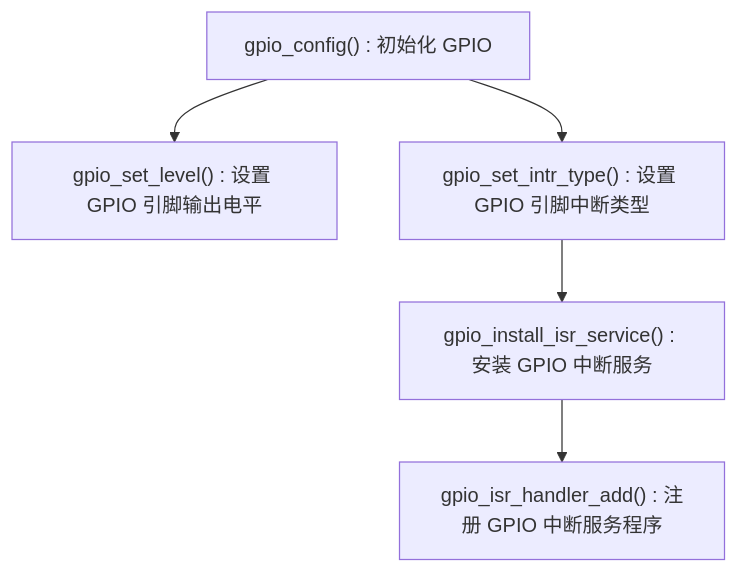
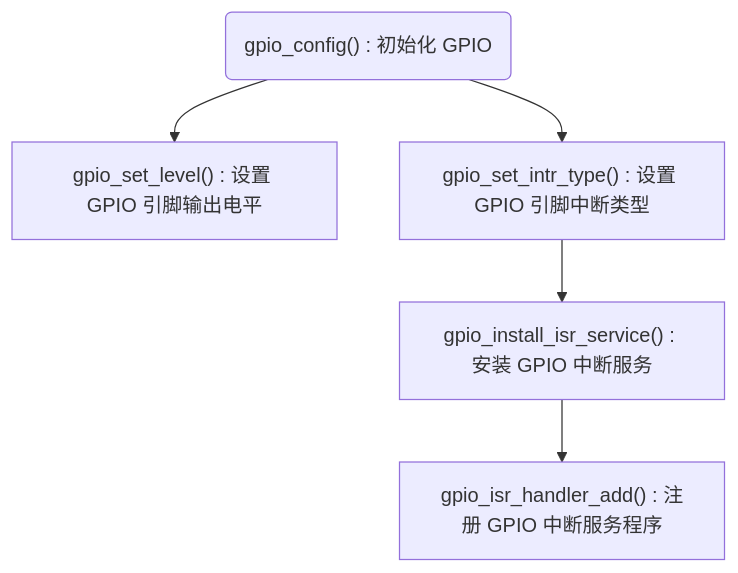
Before and after one commit to kyzoon/esp8266: the diagram in notes/ESP8266学习笔记4 - GPIO.md, drawn with Mermaid. The commit also changed other lines of this file, not shown here.

Commit message:
修改流程图

````diff
--- a/notes/ESP8266学习笔记4 - GPIO.md
+++ b/notes/ESP8266学习笔记4 - GPIO.md
@@ -217,8 +217,8 @@
 ```mermaid
 graph TD
-	input1["gpio_config() : 初始化 GPIO"]
-	input1 --> input2["gpio_set_level() : 设置 GPIO 引脚输出电平"]
-	input1 --> input3["gpio_set_intr_type() : 设置 GPIO 引脚中断类型"]
+	id1("gpio_config() : 初始化 GPIO")
+	id1 --> input2["gpio_set_level() : 设置 GPIO 引脚输出电平"]
+	id1 --> input3["gpio_set_intr_type() : 设置 GPIO 引脚中断类型"]
 	input3 --> input4["gpio_install_isr_service() : 安装 GPIO 中断服务"]
 	input4 --> input5["gpio_isr_handler_add() : 注册 GPIO 中断服务程序"]
 ```
````
